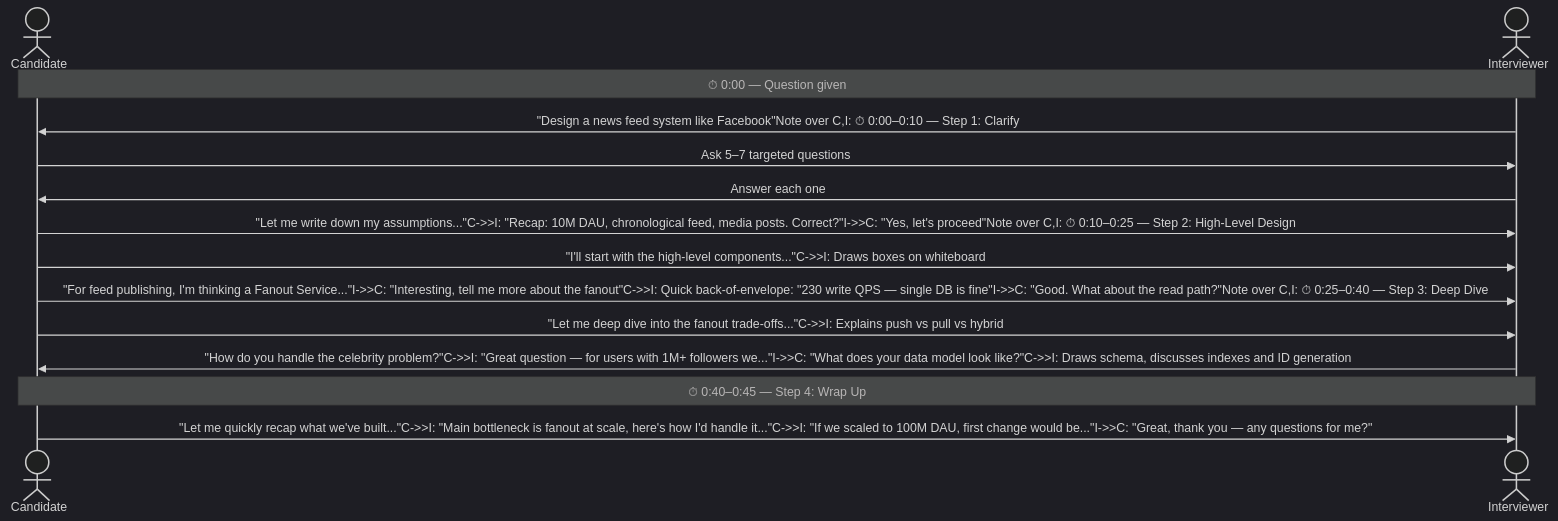
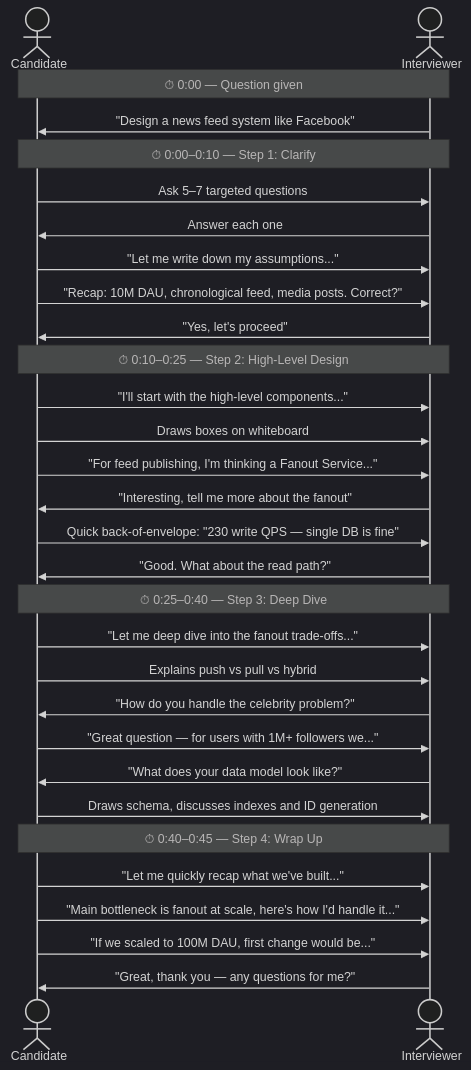
One commit to devops-monk/system-design-blog changed diagram 14 of 18 in content/posts/2026/framework-for-system-design-interviews.md. Above: the diagram before and after it, drawn with Mermaid (dark theme). The commit also changed other lines of this file and 4 other files, not shown here.

First line of the commit message:
fix(diagrams): repair mermaid blocks broken by the emoji strip

````diff
--- a/content/posts/2026/framework-for-system-design-interviews.md
+++ b/content/posts/2026/framework-for-system-design-interviews.md
@@ -595,19 +598,38 @@
 ```mermaid
 sequenceDiagram
     actor C as ‍ Candidate
     actor I as ‍ Interviewer
 
     Note over C,I: ⏱ 0:00 — Question given
 
-    I->>C: "Design a news feed system like Facebook"Note over C,I: ⏱ 0:00–0:10 — Step 1: Clarify
+    I->>C: "Design a news feed system like Facebook"
+
+    Note over C,I: ⏱ 0:00–0:10 — Step 1: Clarify
     C->>I: Ask 5–7 targeted questions
     I->>C: Answer each one
-    C->>I: "Let me write down my assumptions..."C->>I: "Recap: 10M DAU, chronological feed, media posts. Correct?"I->>C: "Yes, let's proceed"Note over C,I: ⏱ 0:10–0:25 — Step 2: High-Level Design
-    C->>I: "I'll start with the high-level components..."C->>I: Draws boxes on whiteboard
-    C->>I: "For feed publishing, I'm thinking a Fanout Service..."I->>C: "Interesting, tell me more about the fanout"C->>I: Quick back-of-envelope: "230 write QPS — single DB is fine"I->>C: "Good. What about the read path?"Note over C,I: ⏱ 0:25–0:40 — Step 3: Deep Dive
-    C->>I: "Let me deep dive into the fanout trade-offs..."C->>I: Explains push vs pull vs hybrid
-    I->>C: "How do you handle the celebrity problem?"C->>I: "Great question — for users with 1M+ followers we..."I->>C: "What does your data model look like?"C->>I: Draws schema, discusses indexes and ID generation
+    C->>I: "Let me write down my assumptions..."
+    C->>I: "Recap: 10M DAU, chronological feed, media posts. Correct?"
+    I->>C: "Yes, let's proceed"
+
+    Note over C,I: ⏱ 0:10–0:25 — Step 2: High-Level Design
+    C->>I: "I'll start with the high-level components..."
+    C->>I: Draws boxes on whiteboard
+    C->>I: "For feed publishing, I'm thinking a Fanout Service..."
+    I->>C: "Interesting, tell me more about the fanout"
+    C->>I: Quick back-of-envelope: "230 write QPS — single DB is fine"
+    I->>C: "Good. What about the read path?"
+
+    Note over C,I: ⏱ 0:25–0:40 — Step 3: Deep Dive
+    C->>I: "Let me deep dive into the fanout trade-offs..."
+    C->>I: Explains push vs pull vs hybrid
+    I->>C: "How do you handle the celebrity problem?"
+    C->>I: "Great question — for users with 1M+ followers we..."
+    I->>C: "What does your data model look like?"
+    C->>I: Draws schema, discusses indexes and ID generation
 
     Note over C,I: ⏱ 0:40–0:45 — Step 4: Wrap Up
-    C->>I: "Let me quickly recap what we've built..."C->>I: "Main bottleneck is fanout at scale, here's how I'd handle it..."C->>I: "If we scaled to 100M DAU, first change would be..."I->>C: "Great, thank you — any questions for me?"
+    C->>I: "Let me quickly recap what we've built..."
+    C->>I: "Main bottleneck is fanout at scale, here's how I'd handle it..."
+    C->>I: "If we scaled to 100M DAU, first change would be..."
+    I->>C: "Great, thank you — any questions for me?"
 ```
````
